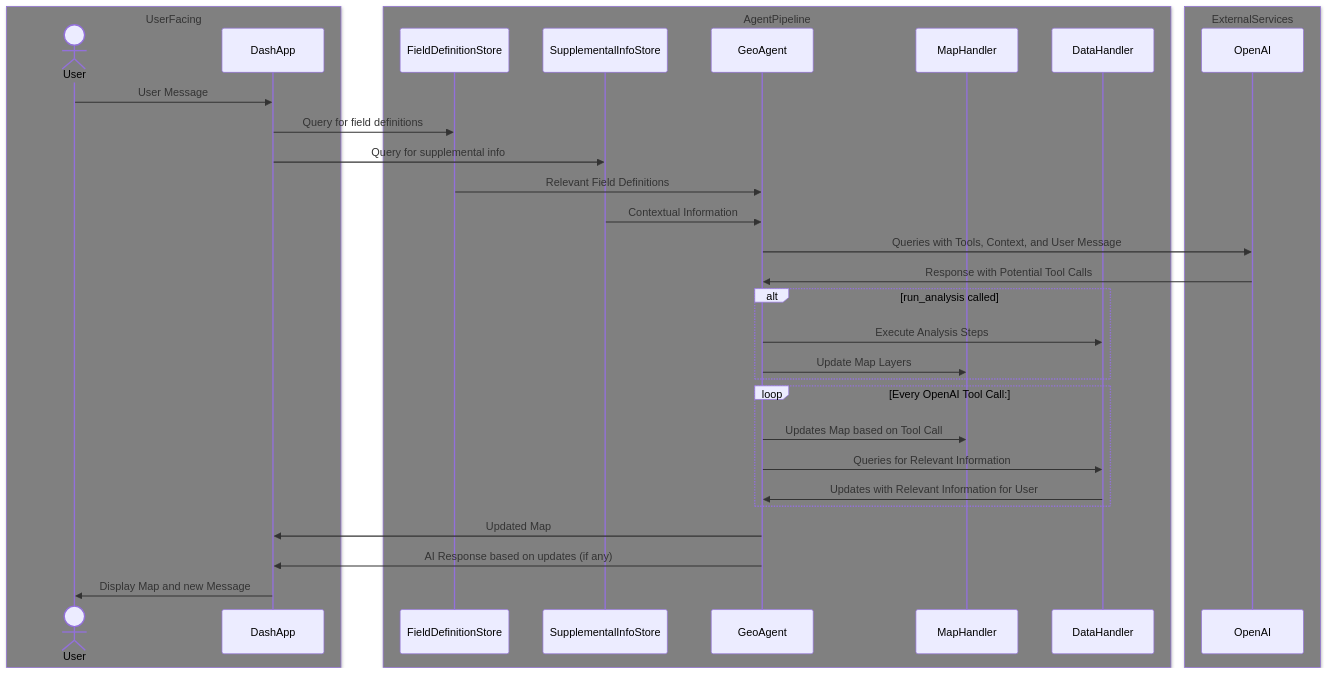
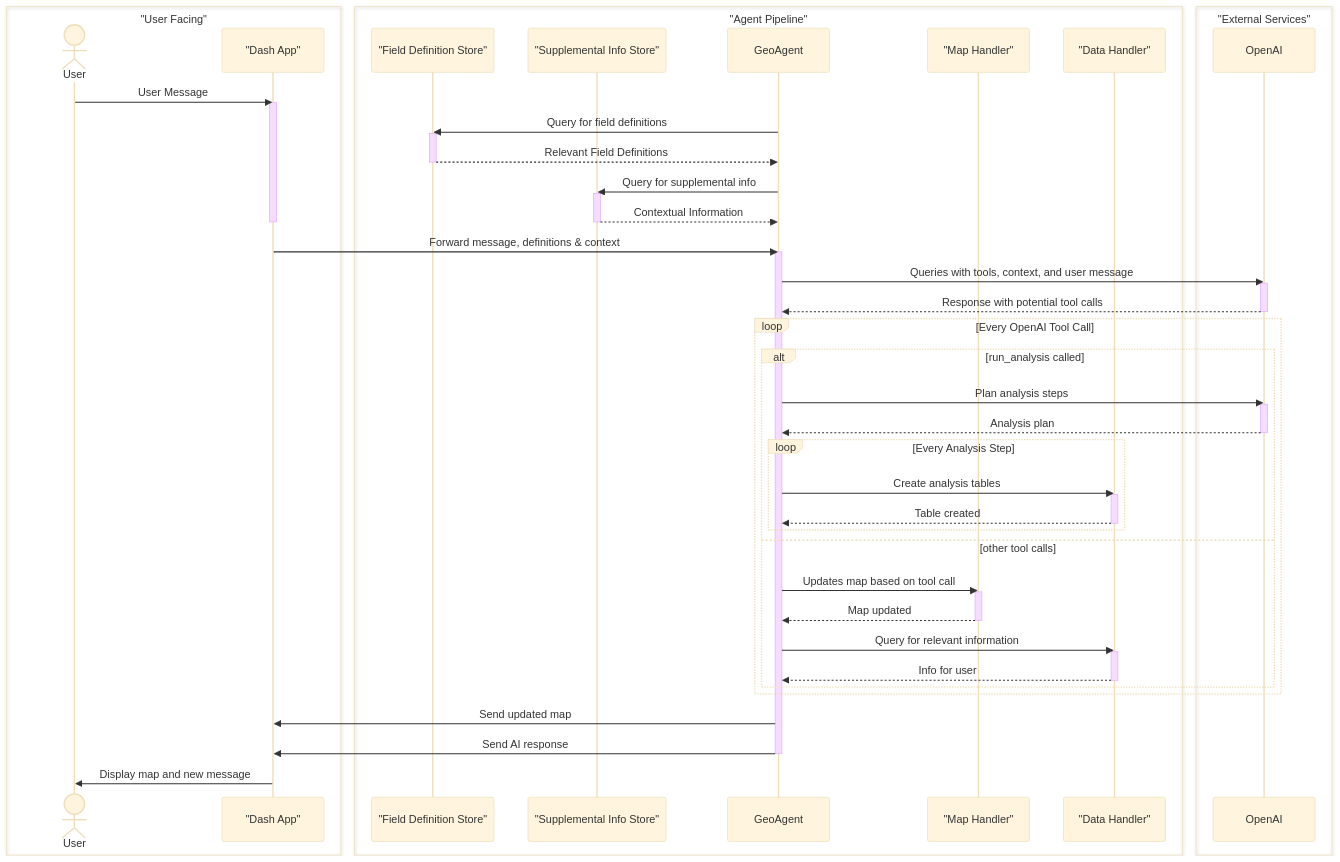
One commit to rmikulec/GeoAssistant changed the second of 2 diagrams in design_docs/architecture.md. Above: the diagram before and after it, drawn with Mermaid.

Commit message:
Updated architecture diagram

````diff
--- a/design_docs/architecture.md
+++ b/design_docs/architecture.md
@@ -52,39 +52,77 @@
 ```mermaid
+%%{init: { "theme": "base", "themeVariables": { "sequenceNumberColor": "#999" }}}%%
 sequenceDiagram
-  box Gray UserFacing
+  %% Define colored swimlanes
+  box "User Facing" #D6EAF8
     actor User
-    participant DashApp
+    participant DashApp as "Dash App"
   end
 
-  box Gray AgentPipeline
-    participant FieldDefinitionStore
-    participant SupplementalInfoStore
+  box "Agent Pipeline" #AED6F1
+    participant FieldDefStore as "Field Definition Store"
+    participant SuppInfoStore as "Supplemental Info Store"
     participant GeoAgent
-    participant MapHandler
-    participant DataHandler
+    participant MapHandler as "Map Handler"
+    participant DataHandler as "Data Handler"
   end
 
-  box Gray ExternalServices
+  box "External Services" #85C1E9
     participant OpenAI
   end
 
+  %% Main flow with activations
   User->>DashApp: User Message
-  DashApp->>FieldDefinitionStore: Query for field definitions
-  DashApp->>SupplementalInfoStore: Query for supplemental info
-  FieldDefinitionStore->>GeoAgent: Relevant Field Definitions
-  SupplementalInfoStore->>GeoAgent: Contextual Information
-  GeoAgent->>OpenAI: Queries with Tools, Context, and User Message
-  OpenAI->>GeoAgent: Response with Potential Tool Calls
-  alt run_analysis called
-    GeoAgent->>DataHandler: Execute Analysis Steps
-    GeoAgent->>MapHandler: Update Map Layers
+  activate DashApp
+
+  GeoAgent->>FieldDefStore: Query for field definitions
+  activate FieldDefStore
+  FieldDefStore-->>GeoAgent: Relevant Field Definitions
+  deactivate FieldDefStore
+
+  GeoAgent->>SuppInfoStore: Query for supplemental info
+  activate SuppInfoStore
+  SuppInfoStore-->>GeoAgent: Contextual Information
+  deactivate SuppInfoStore
+
+  deactivate DashApp
+  DashApp->>GeoAgent: Forward message, definitions & context
+  activate GeoAgent
+
+  GeoAgent->>OpenAI: Queries with tools, context, and user message
+  activate OpenAI
+  OpenAI-->>GeoAgent: Response with potential tool calls
+  deactivate OpenAI
+
+  loop Every OpenAI Tool Call
+    alt run_analysis called
+      GeoAgent->>OpenAI: Plan analysis steps
+      activate OpenAI
+      OpenAI-->>GeoAgent: Analysis plan
+      deactivate OpenAI
+
+      loop Every Analysis Step
+        GeoAgent->>DataHandler: Create analysis tables
+        activate DataHandler
+        DataHandler-->>GeoAgent: Table created
+        deactivate DataHandler
+      end
+
+    else other tool calls
+      GeoAgent->>MapHandler: Updates map based on tool call
+      activate MapHandler
+      MapHandler-->>GeoAgent: Map updated
+      deactivate MapHandler
+
+      GeoAgent->>DataHandler: Query for relevant information
+      activate DataHandler
+      DataHandler-->>GeoAgent: Info for user
+      deactivate DataHandler
+    end
   end
-  loop Every OpenAI Tool Call:
-    GeoAgent->>MapHandler: Updates Map based on Tool Call
-    GeoAgent->>DataHandler: Queries for Relevant Information
-    DataHandler->>GeoAgent: Updates with Relevant Information for User
-  end
-  GeoAgent->>DashApp: Updated Map
-  GeoAgent->>DashApp: AI Response based on updates (if any)
-  DashApp->>User: Display Map and new Message
+
+  GeoAgent->>DashApp: Send updated map
+  GeoAgent->>DashApp: Send AI response
+  deactivate GeoAgent
+
+  DashApp->>User: Display map and new message
 ```
````
